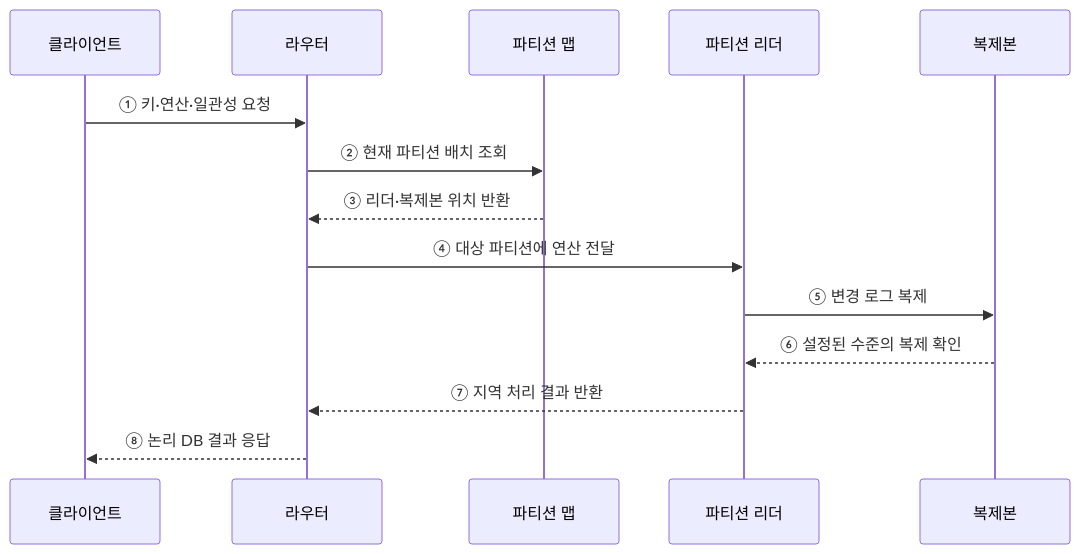
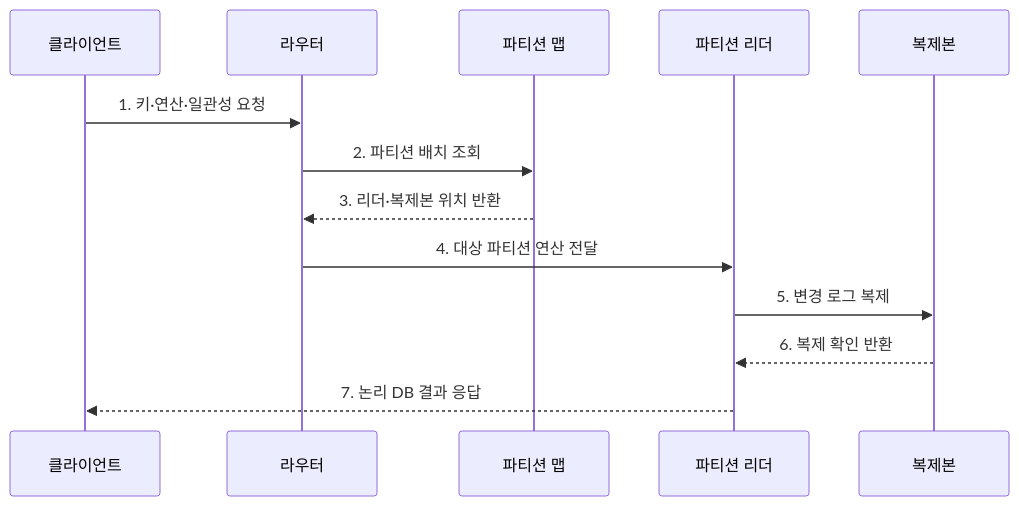
One commit to agnusdei1207/knowledge-base changed the second of 2 diagrams in src/content/docs/notes/03-software/114_distributed_database.md. Above: the diagram before and after it, drawn with Mermaid. The commit also changed other lines of this file and 20 other files, not shown here.

````diff
--- a/src/content/docs/notes/03-software/114_distributed_database.md
+++ b/src/content/docs/notes/03-software/114_distributed_database.md
@@ -73,16 +79,15 @@
 ```mermaid
 sequenceDiagram
     participant C as 클라이언트
     participant R as 라우터
     participant M as 파티션 맵
     participant L as 파티션 리더
     participant F as 복제본
-    C->>R: ① 키·연산·일관성 요청
-    R->>M: ② 현재 파티션 배치 조회
-    M-->>R: ③ 리더·복제본 위치 반환
-    R->>L: ④ 대상 파티션에 연산 전달
-    L->>F: ⑤ 변경 로그 복제
-    F-->>L: ⑥ 설정된 수준의 복제 확인
-    L-->>R: ⑦ 지역 처리 결과 반환
-    R-->>C: ⑧ 논리 DB 결과 응답
+    C->>R: 1. 키·연산·일관성 요청
+    R->>M: 2. 파티션 배치 조회
+    M-->>R: 3. 리더·복제본 위치 반환
+    R->>L: 4. 대상 파티션 연산 전달
+    L->>F: 5. 변경 로그 복제
+    F-->>L: 6. 복제 확인 반환
+    L-->>C: 7. 논리 DB 결과 응답
 ```
````
